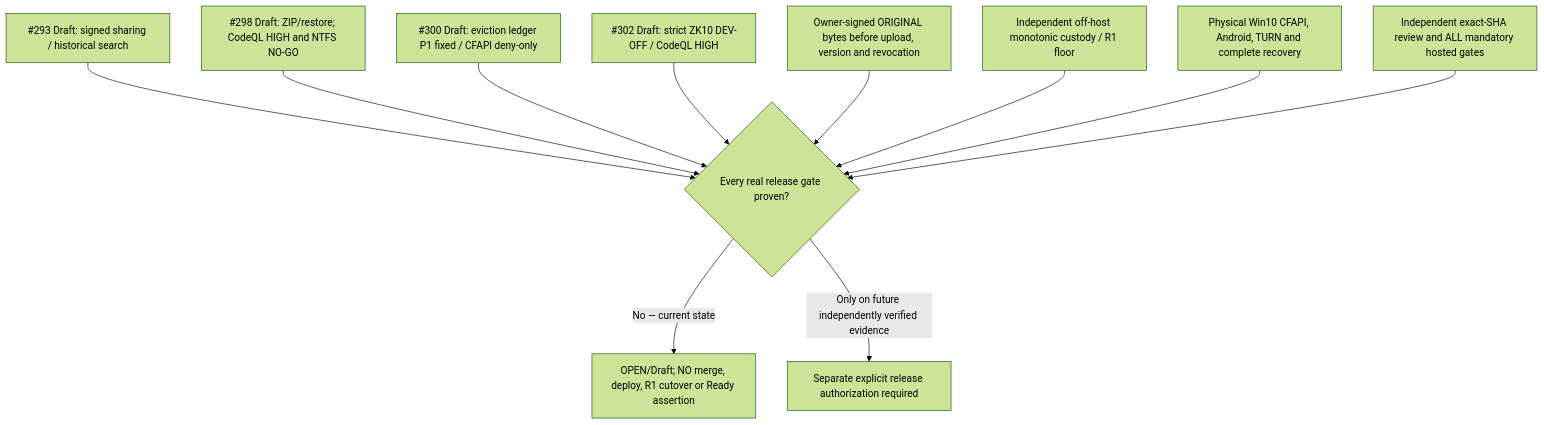
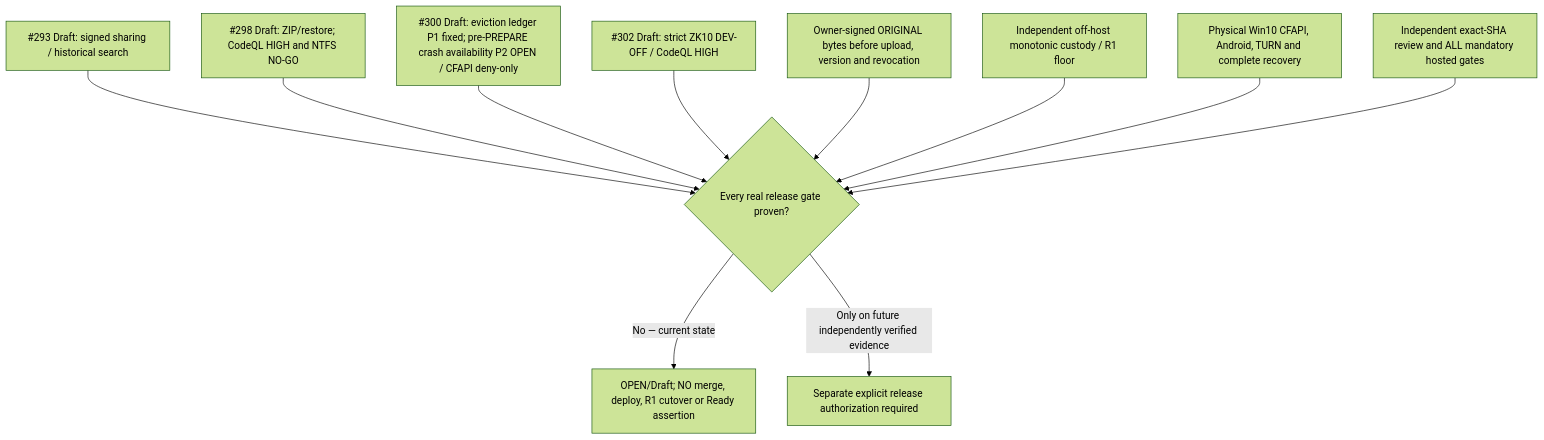
The diagram in docs/validation/2026-11-08-rootark-mission-2319-utc.md (bielxdh3/Root.ark), drawn with Mermaid (forest theme) before and after one commit. The commit also changed other lines of this file and 1 other file, not shown here.

Commit message:
docs(mission): retain pre-PREPARE crash liveness blocker

```diff
--- a/docs/validation/2026-11-08-rootark-mission-2319-utc.md
+++ b/docs/validation/2026-11-08-rootark-mission-2319-utc.md
@@ -27,14 +28,14 @@
 ~~~mermaid
 flowchart TD
   P293["#293 Draft: signed sharing / historical search"] --> G
   P298["#298 Draft: ZIP/restore; CodeQL HIGH and NTFS NO-GO"] --> G
-  P300["#300 Draft: eviction ledger P1 fixed / CFAPI deny-only"] --> G
+  P300["#300 Draft: eviction ledger P1 fixed; pre-PREPARE crash availability P2 OPEN / CFAPI deny-only"] --> G
   P302["#302 Draft: strict ZK10 DEV-OFF / CodeQL HIGH"] --> G
   OWNER["Owner-signed ORIGINAL bytes before upload, version and revocation"] --> G
   CUST["Independent off-host monotonic custody / R1 floor"] --> G
   PHYS["Physical Win10 CFAPI, Android, TURN and complete recovery"] --> G
   CI["Independent exact-SHA review and ALL mandatory hosted gates"] --> G
   G{"Every real release gate proven?"}
   G -->|"No — current state"| HOLD["OPEN/Draft; NO merge, deploy, R1 cutover or Ready assertion"]
   G -->|"Only on future independently verified evidence"| REVIEW["Separate explicit release authorization required"]
 ~~~
```
